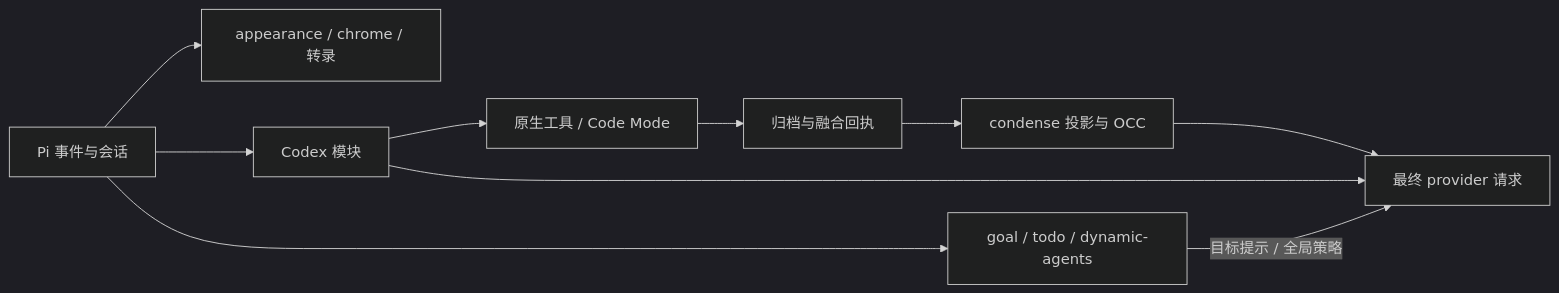
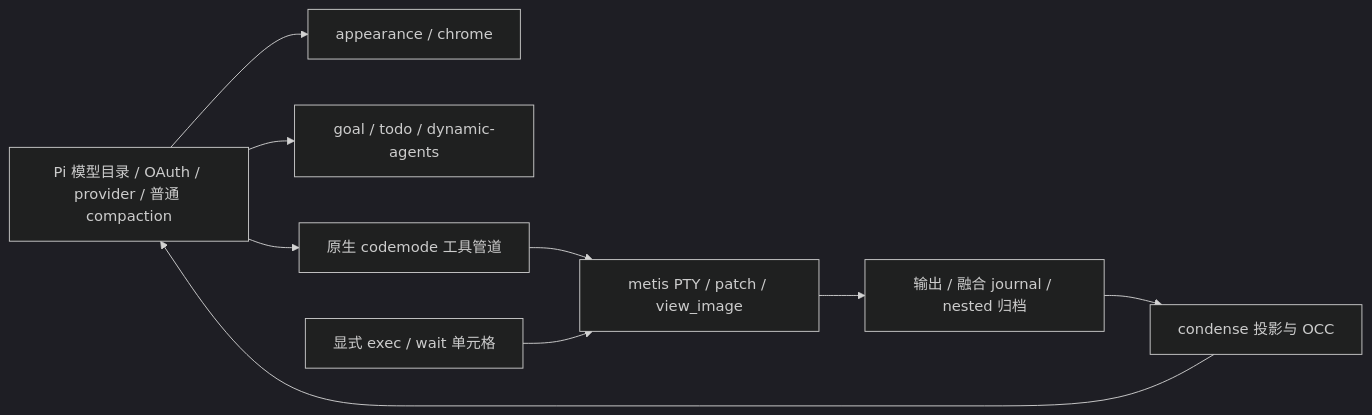
One commit to Rycen7822/metis-pi changed the diagram in docs/architecture.md. Above: the diagram before and after it, drawn with Mermaid (dark theme). The commit also changed other lines of this file and 356 other files, not shown here.

Commit message:
refactor: hand provider and context ownership to Pi native APIs

````diff
--- a/docs/architecture.md
+++ b/docs/architecture.md
@@ -40,12 +40,11 @@
 ```mermaid
 flowchart LR
-    Pi[Pi 事件与会话] --> Display[appearance / chrome / 转录]
+    Pi[Pi 模型目录 / OAuth / provider / 普通 compaction] --> Display[appearance / chrome]
     Pi --> Features[goal / todo / dynamic-agents]
-    Pi --> Conversion[Codex 模块]
-    Conversion --> Execution[原生工具 / Code Mode]
-    Execution --> Archive[归档与融合回执]
+    Pi --> Native[原生 codemode 工具管道]
+    Native --> Execution[metis PTY / patch / view_image]
+    V8[显式 exec / wait 单元格] --> Execution
+    Execution --> Archive[输出 / 融合 journal / nested 归档]
     Archive --> Condense[condense 投影与 OCC]
-    Condense --> Request[最终 provider 请求]
-    Conversion --> Request
-    Features -->|目标提示 / 全局策略| Request
+    Condense --> Pi
 ```
````
